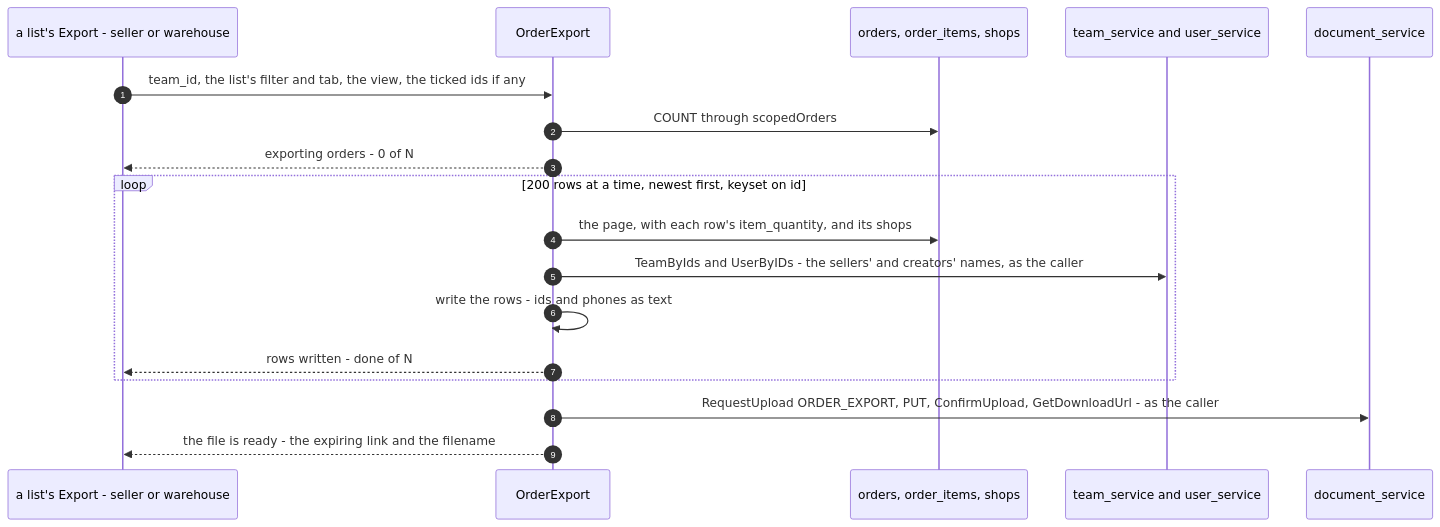
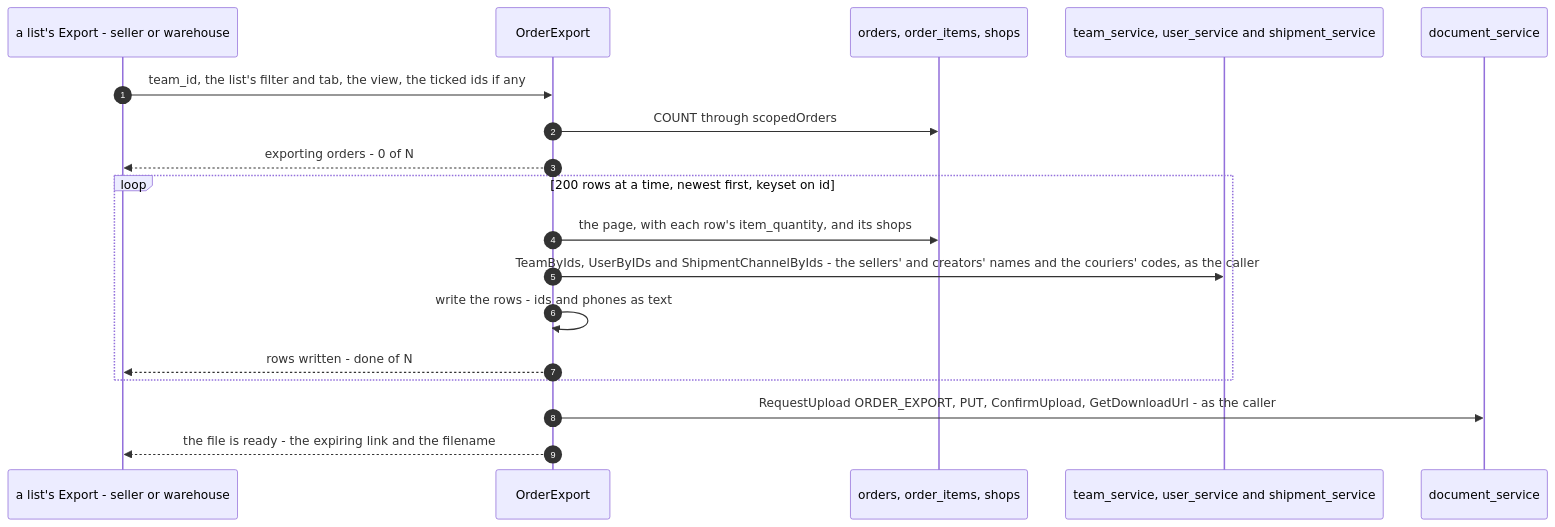
Before and after one commit to pdcgo/warehouse_revamp: diagram 29 of 30 in docs/services/selling_service/rpc.md, drawn with Mermaid. The commit also changed other lines of this file and 152 other files, not shown here.

First line of the commit message:
feat(order): order model - courier as shipment_channel_id, addresses as names, drafts store no mapping

````diff
--- a/docs/services/selling_service/rpc.md
+++ b/docs/services/selling_service/rpc.md
@@ -1267,21 +1381,21 @@
 ```mermaid
 sequenceDiagram
     autonumber
     participant C as a list's Export - seller or warehouse
     participant S as OrderExport
     participant DB as orders, order_items, shops
-    participant T as team_service and user_service
+    participant T as team_service, user_service and shipment_service
     participant D as document_service
 
     C->>S: team_id, the list's filter and tab, the view, the ticked ids if any
     S->>DB: COUNT through scopedOrders
     S-->>C: exporting orders - 0 of N
     loop 200 rows at a time, newest first, keyset on id
         S->>DB: the page, with each row's item_quantity, and its shops
-        S->>T: TeamByIds and UserByIDs - the sellers' and creators' names, as the caller
+        S->>T: TeamByIds, UserByIDs and ShipmentChannelByIds - the sellers' and creators' names and the couriers' codes, as the caller
         S->>S: write the rows - ids and phones as text
         S-->>C: rows written - done of N
     end
     S->>D: RequestUpload ORDER_EXPORT, PUT, ConfirmUpload, GetDownloadUrl - as the caller
     S-->>C: the file is ready - the expiring link and the filename
 ```
````
